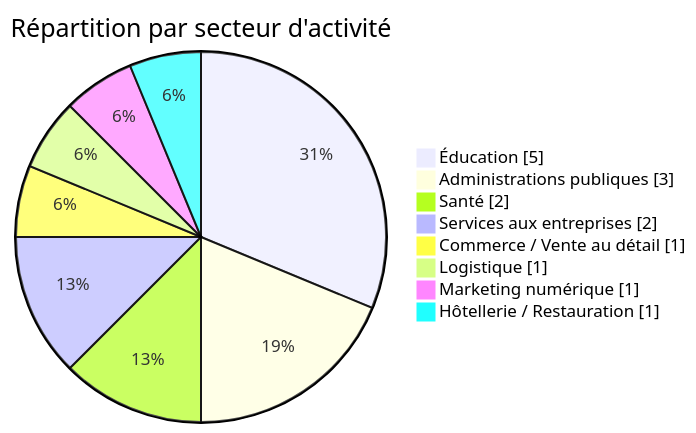
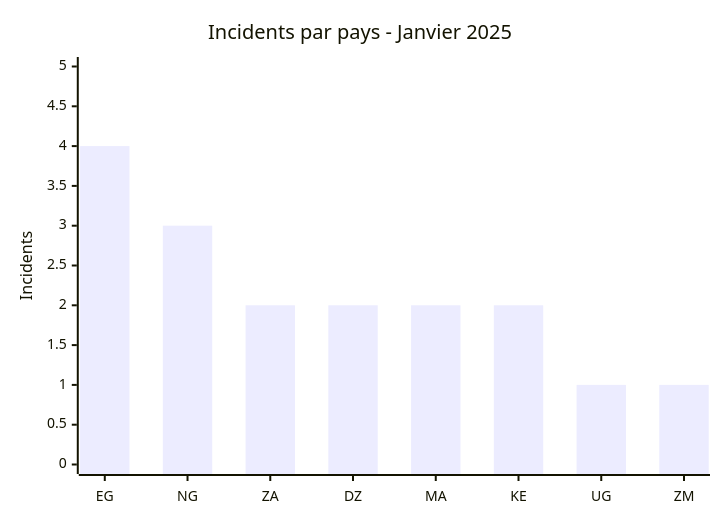
One commit to Hatchepsoute/AFRINTEL changed the second of 7 diagrams in CyberAttackAfrica/2025/01-january/README_FR.md. Above: the diagram before and after it, drawn with Mermaid. The commit also changed other lines of this file and 45 other files, not shown here.

````diff
--- a/CyberAttackAfrica/2025/01-january/README_FR.md
+++ b/CyberAttackAfrica/2025/01-january/README_FR.md
@@ -58,12 +88,7 @@
 ```mermaid
-pie showData
-    title Répartition par secteur d'activité
-    "Éducation" : 5
-    "Administrations publiques" : 3
-    "Santé" : 2
-    "Services aux entreprises" : 2
-    "Commerce / Vente au détail" : 1
-    "Logistique" : 1
-    "Marketing numérique" : 1
-    "Hôtellerie / Restauration" : 1
+xychart-beta
+    title "Incidents par pays - Janvier 2025"
+    x-axis ["EG", "NG", "ZA", "DZ", "MA", "KE", "UG", "ZM"]
+    y-axis "Incidents" 0 --> 5
+    bar [4, 3, 2, 2, 2, 2, 1, 1]
 ```
````
